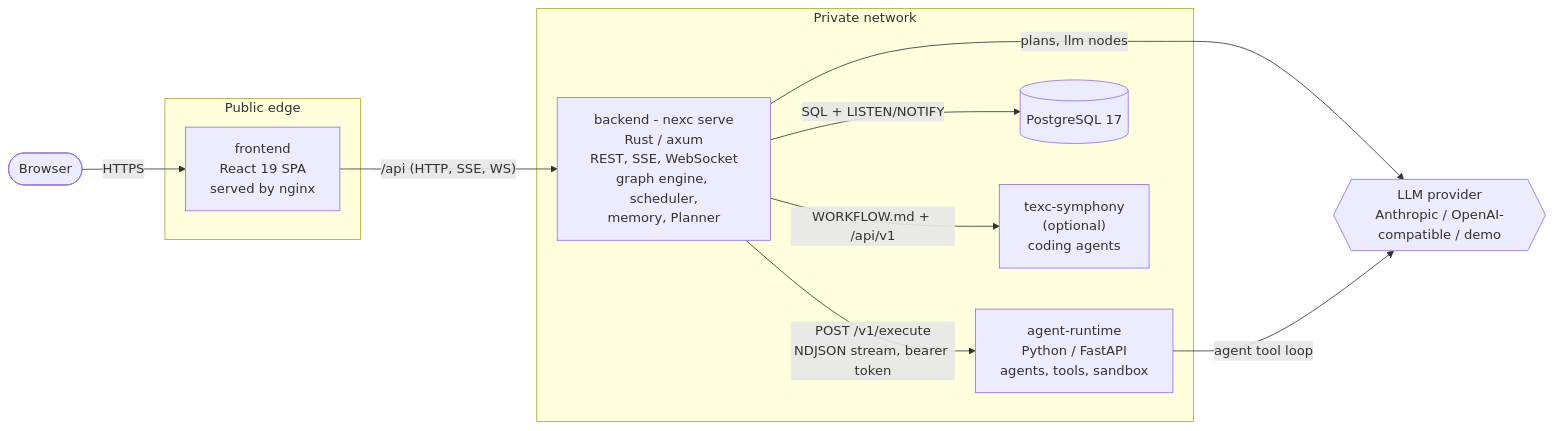
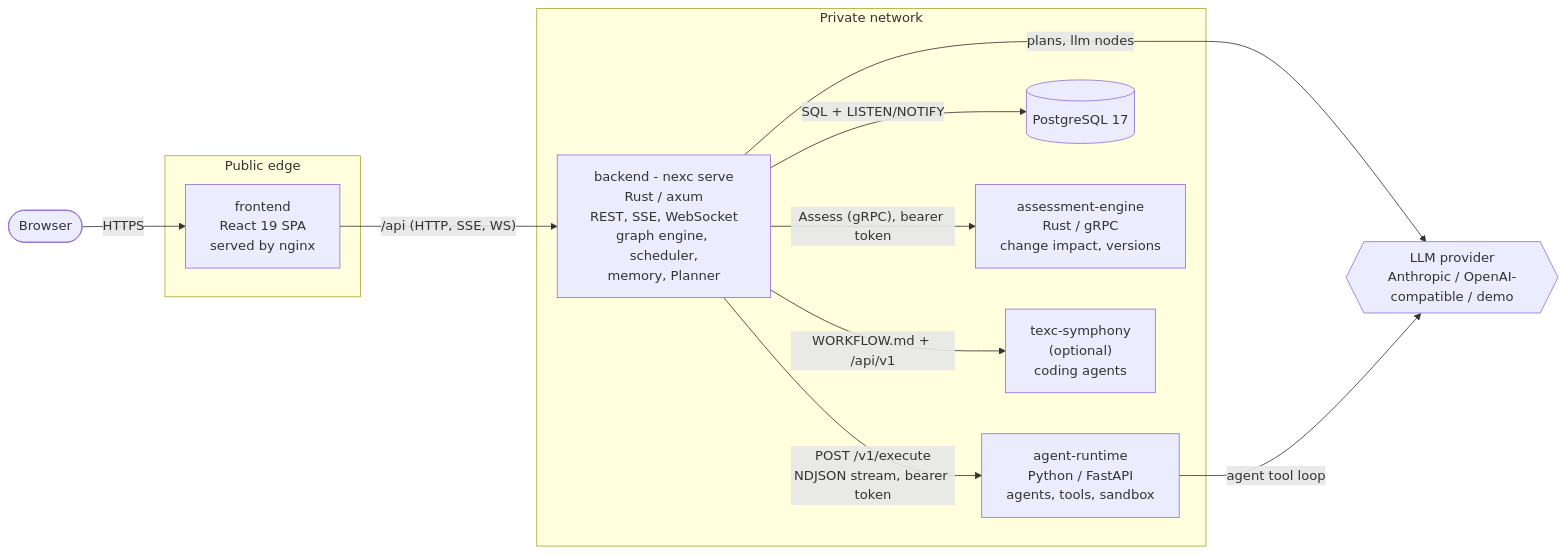
Before and after one commit to f8fvwgzc/nexc-engine: the diagram in README.md, drawn with Mermaid. The commit also changed other lines of this file and 80 other files, not shown here.

````diff
--- a/README.md
+++ b/README.md
@@ -171,25 +171,27 @@
 ```mermaid
 flowchart LR
     user([Browser])
 
     subgraph edge[Public edge]
         web["frontend<br/>React 19 SPA<br/>served by nginx"]
     end
 
     subgraph core[Private network]
         api["backend - nexc serve<br/>Rust / axum<br/>REST, SSE, WebSocket<br/>graph engine, scheduler,<br/>memory, Planner"]
         rt["agent-runtime<br/>Python / FastAPI<br/>agents, tools, sandbox"]
         db[("PostgreSQL 17")]
+        ae["assessment-engine<br/>Rust / gRPC<br/>change impact, versions"]
         sym["texc-symphony<br/>(optional)<br/>coding agents"]
     end
 
     llm{{"LLM provider<br/>Anthropic / OpenAI-compatible / demo"}}
 
     user -- "HTTPS" --> web
     web -- "/api (HTTP, SSE, WS)" --> api
     api -- "SQL + LISTEN/NOTIFY" --> db
     api -- "POST /v1/execute<br/>NDJSON stream, bearer token" --> rt
+    api -- "Assess (gRPC), bearer token" --> ae
     api -- "WORKFLOW.md + /api/v1" --> sym
     api -- "plans, llm nodes" --> llm
     rt -- "agent tool loop" --> llm
 ```
````
